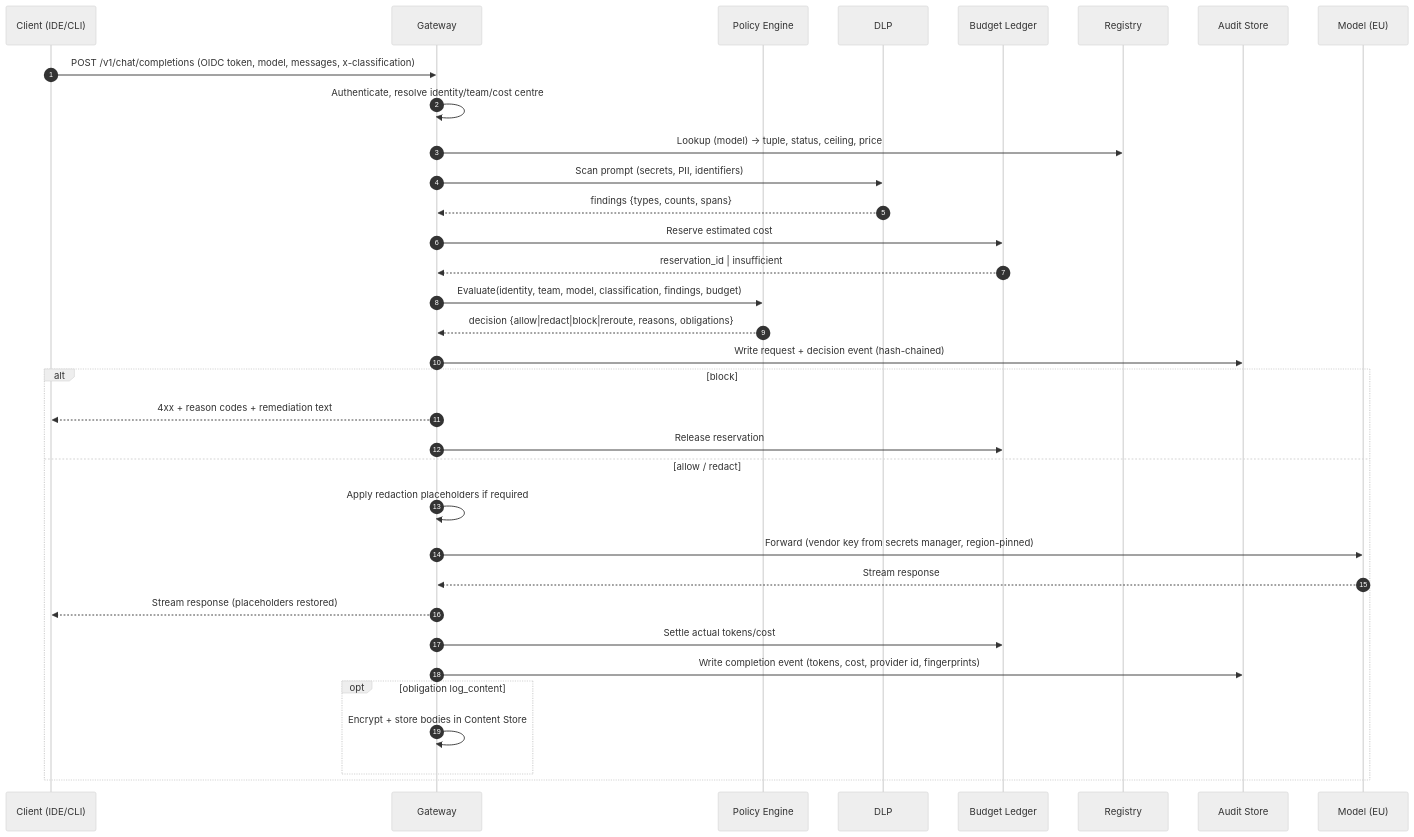
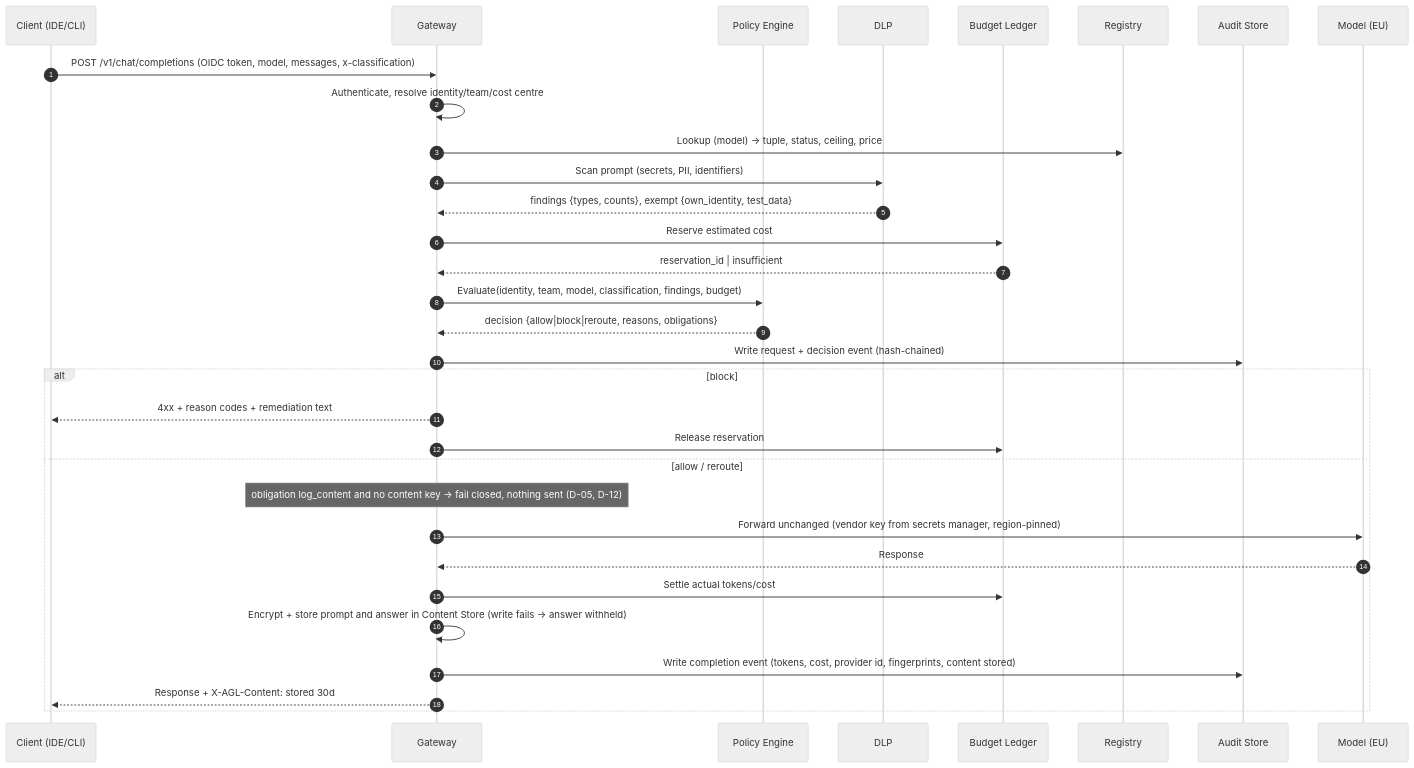
The first of 4 diagrams in docs/03-app-flows.md (AndDumi1008/AI-Gov-Layer), drawn with Mermaid (neutral theme) before and after one commit. The commit also changed other lines of this file and 10 other files, not shown here.

````diff
--- a/docs/03-app-flows.md
+++ b/docs/03-app-flows.md
@@ -27,37 +27,35 @@
 ```mermaid
 sequenceDiagram
   autonumber
   participant C as Client (IDE/CLI)
   participant G as Gateway
   participant P as Policy Engine
   participant D as DLP
   participant B as Budget Ledger
   participant R as Registry
   participant A as Audit Store
   participant M as Model (EU)
 
   C->>G: POST /v1/chat/completions (OIDC token, model, messages, x-classification)
   G->>G: Authenticate, resolve identity/team/cost centre
   G->>R: Lookup (model) → tuple, status, ceiling, price
   G->>D: Scan prompt (secrets, PII, identifiers)
-  D-->>G: findings {types, counts, spans}
+  D-->>G: findings {types, counts}, exempt {own_identity, test_data}
   G->>B: Reserve estimated cost
   B-->>G: reservation_id | insufficient
   G->>P: Evaluate(identity, team, model, classification, findings, budget)
-  P-->>G: decision {allow|redact|block|reroute, reasons, obligations}
+  P-->>G: decision {allow|block|reroute, reasons, obligations}
   G->>A: Write request + decision event (hash-chained)
   alt block
     G-->>C: 4xx + reason codes + remediation text
     G->>B: Release reservation
-  else allow / redact
-    G->>G: Apply redaction placeholders if required
-    G->>M: Forward (vendor key from secrets manager, region-pinned)
-    M-->>G: Stream response
-    G-->>C: Stream response (placeholders restored)
+  else allow / reroute
+    Note over G: obligation log_content and no content key → fail closed, nothing sent (D-05, D-12)
+    G->>M: Forward unchanged (vendor key from secrets manager, region-pinned)
+    M-->>G: Response
     G->>B: Settle actual tokens/cost
-    G->>A: Write completion event (tokens, cost, provider id, fingerprints)
-    opt obligation log_content
-      G->>G: Encrypt + store bodies in Content Store
-    end
+    G->>G: Encrypt + store prompt and answer in Content Store (write fails → answer withheld)
+    G->>A: Write completion event (tokens, cost, provider id, fingerprints, content stored)
+    G-->>C: Response + X-AGL-Content: stored 30d
   end
 ```
````
